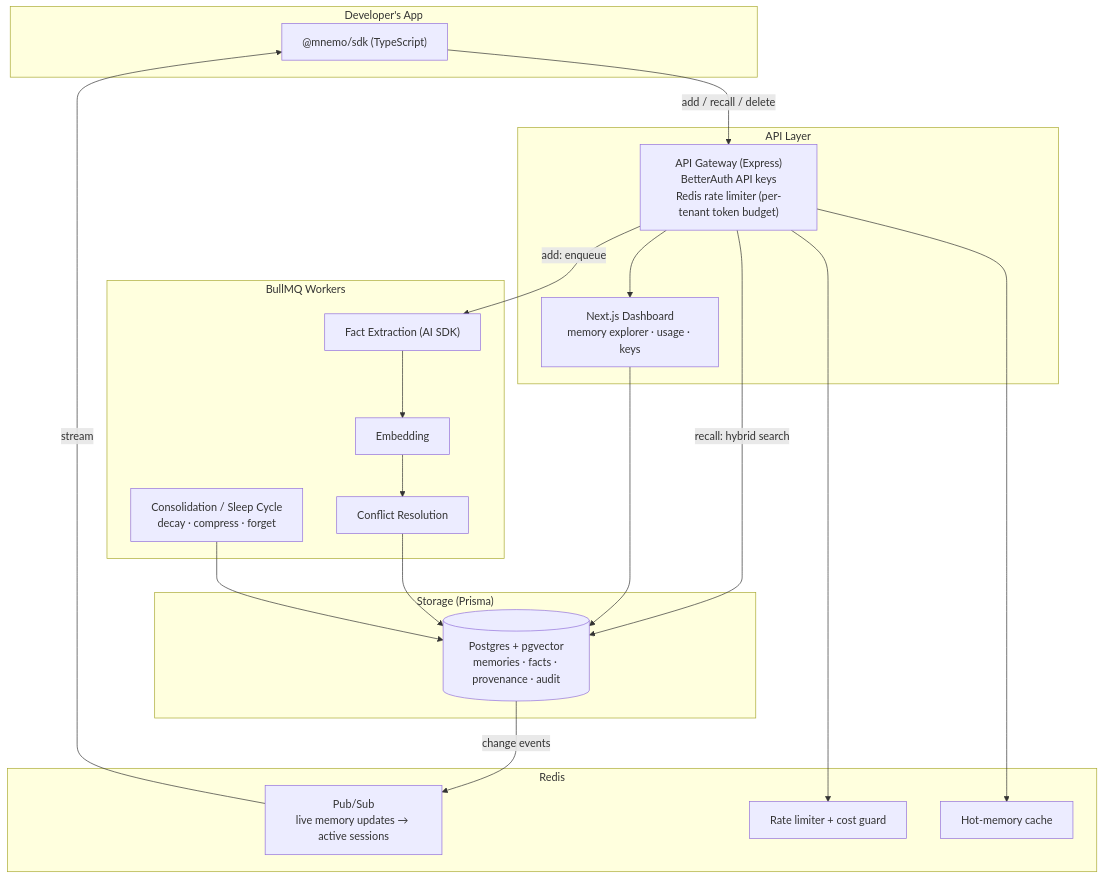
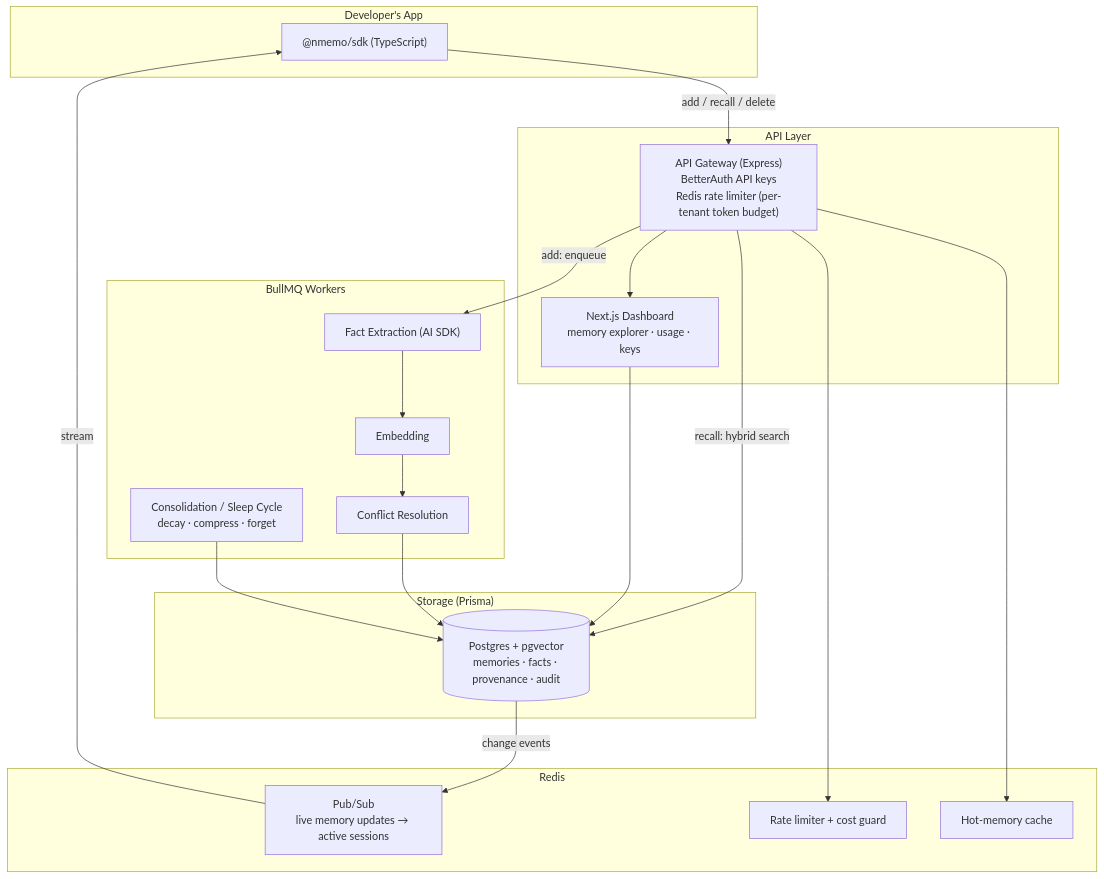
Before and after one commit to nikhil008-git/nmemo-ai: the first of 3 diagrams in docs/02-ARCHITECTURE.md, drawn with Mermaid. The commit also changed 9 other files, not shown here.

````diff
--- a/docs/02-ARCHITECTURE.md
+++ b/docs/02-ARCHITECTURE.md
@@ -16,41 +16,41 @@
 ```mermaid
 flowchart TB
     subgraph Client["Developer's App"]
-        SDK["@mnemo/sdk (TypeScript)"]
+        SDK["@nmemo/sdk (TypeScript)"]
     end
 
     subgraph Edge["API Layer"]
         GW["API Gateway (Express)<br/>BetterAuth API keys<br/>Redis rate limiter (per-tenant token budget)"]
         DASH["Next.js Dashboard<br/>memory explorer · usage · keys"]
     end
 
     subgraph RedisLayer["Redis"]
         PUBSUB["Pub/Sub<br/>live memory updates → active sessions"]
         RL["Rate limiter + cost guard"]
         CACHE["Hot-memory cache"]
     end
 
     subgraph Workers["BullMQ Workers"]
         EXTRACT["Fact Extraction (AI SDK)"]
         EMBED["Embedding"]
         RESOLVE["Conflict Resolution"]
         CONSOL["Consolidation / Sleep Cycle<br/>decay · compress · forget"]
     end
 
     subgraph Data["Storage (Prisma)"]
         PG[("Postgres + pgvector<br/>memories · facts · provenance · audit")]
     end
 
     SDK -->|add / recall / delete| GW
     GW --> RL
     GW -->|add: enqueue| EXTRACT
     GW -->|recall: hybrid search| PG
     GW --> CACHE
     DASH --> PG
     GW --> DASH
 
     EXTRACT --> EMBED --> RESOLVE --> PG
     CONSOL --> PG
     PG -->|change events| PUBSUB
     PUBSUB -->|stream| SDK
 ```
````
